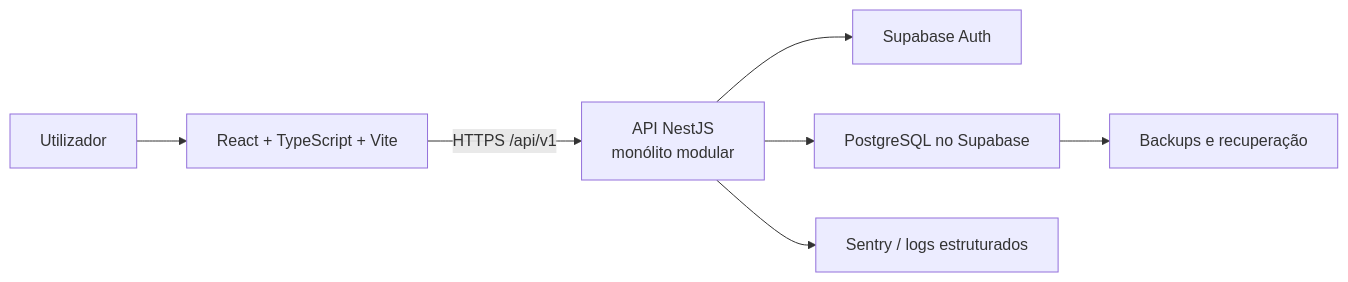
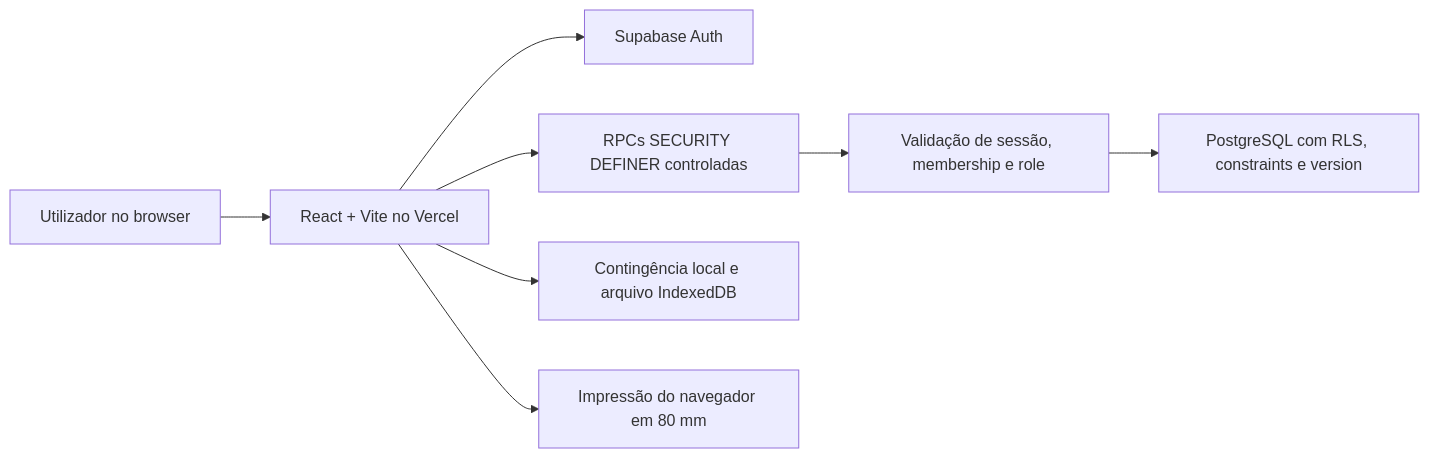
The diagram in docs/architecture/overview.md (RodrigoSubtil/order-manager), drawn with Mermaid before and after one commit. The commit also changed other lines of this file and 62 other files, not shown here.

````diff
--- a/docs/architecture/overview.md
+++ b/docs/architecture/overview.md
@@ -14,9 +11,10 @@
 ```mermaid
 flowchart LR
-  U["Utilizador"] --> W["React + TypeScript + Vite"]
-  W -->|"HTTPS /api/v1"| A["API NestJS\nmonólito modular"]
-  A --> AU["Supabase Auth"]
-  A --> P["PostgreSQL no Supabase"]
-  A --> S["Sentry / logs estruturados"]
-  P --> B["Backups e recuperação"]
+  U["Utilizador no browser"] --> W["React + Vite no Vercel"]
+  W --> A["Supabase Auth"]
+  W --> F["RPCs SECURITY DEFINER controladas"]
+  F --> C["Validação de sessão, membership e role"]
+  C --> D["PostgreSQL com RLS, constraints e version"]
+  W --> L["Contingência local e arquivo IndexedDB"]
+  W --> P["Impressão do navegador em 80 mm"]
 ```
````
